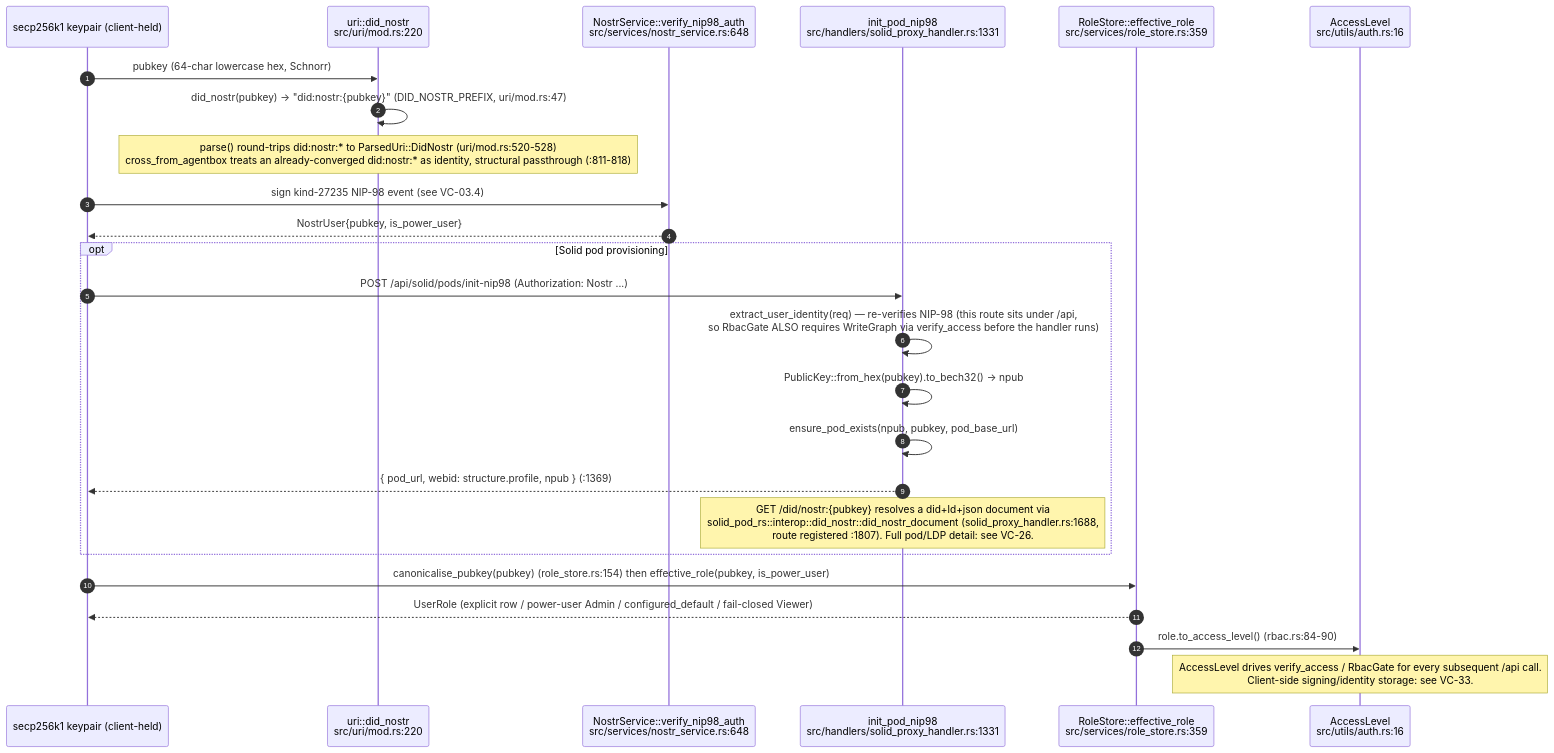
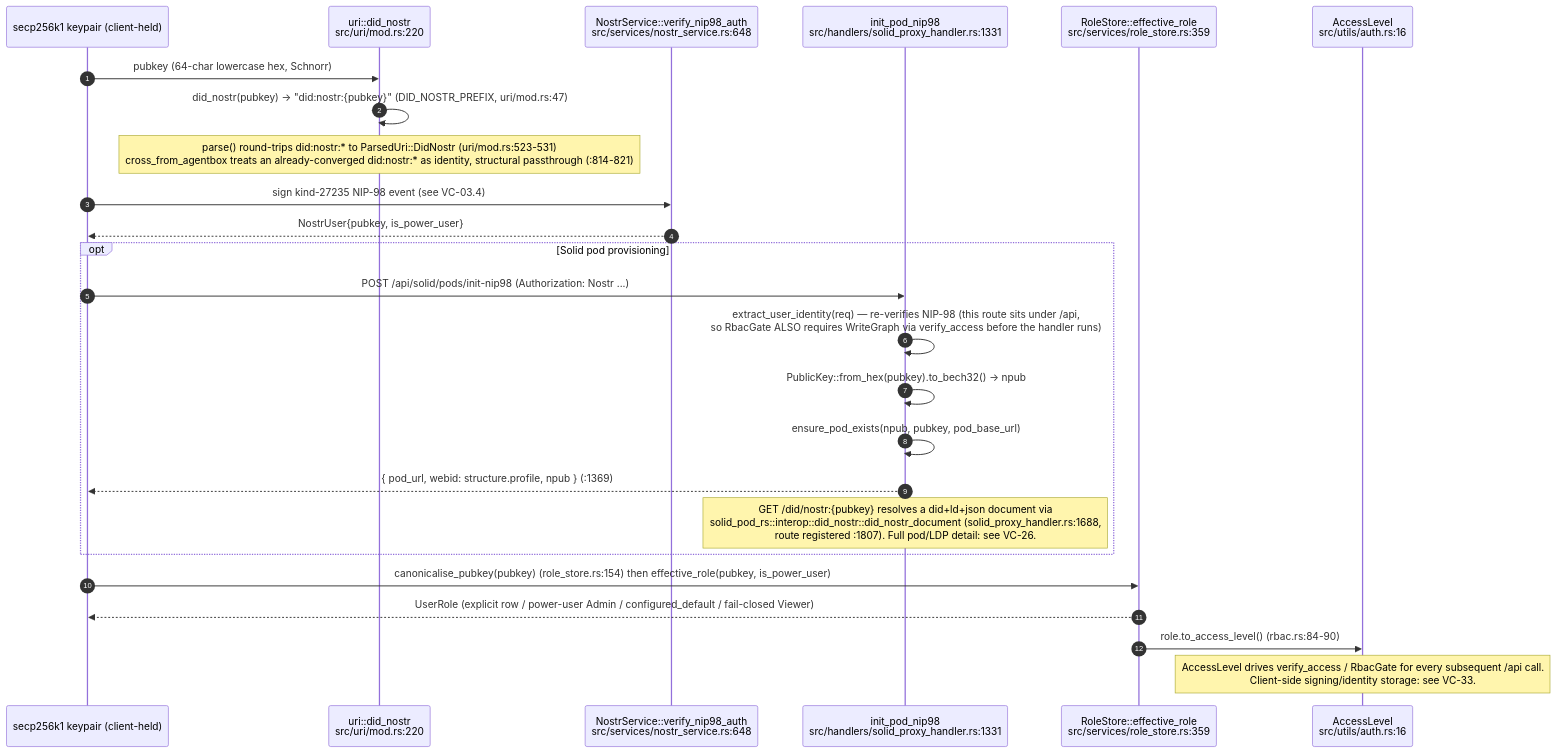
Before and after one commit to DreamLab-AI/VisionFlow: diagram 12 of 14 in docs/diagrams/visionclaw/03-request-lifecycle-and-rbac.md, drawn with Mermaid. The commit also changed other lines of this file and 173 other files, not shown here.

````diff
--- a/docs/diagrams/visionclaw/03-request-lifecycle-and-rbac.md
+++ b/docs/diagrams/visionclaw/03-request-lifecycle-and-rbac.md
@@ -549,28 +549,28 @@
 ```mermaid
 sequenceDiagram
     autonumber
     participant K as secp256k1 keypair (client-held)
     participant U as uri::did_nostr<br/>src/uri/mod.rs:220
     participant NS as NostrService::verify_nip98_auth<br/>src/services/nostr_service.rs:648
     participant SP as init_pod_nip98<br/>src/handlers/solid_proxy_handler.rs:1331
     participant RS as RoleStore::effective_role<br/>src/services/role_store.rs:359
     participant AL as AccessLevel<br/>src/utils/auth.rs:16
 
     K->>U: pubkey (64-char lowercase hex, Schnorr)
     U->>U: did_nostr(pubkey) -> "did:nostr:{pubkey}" (DID_NOSTR_PREFIX, uri/mod.rs:47)
-    Note over U: parse() round-trips did:nostr:* to ParsedUri::DidNostr (uri/mod.rs:520-528)<br/>cross_from_agentbox treats an already-converged did:nostr:* as identity, structural passthrough (:811-818)
+    Note over U: parse() round-trips did:nostr:* to ParsedUri::DidNostr (uri/mod.rs:523-531)<br/>cross_from_agentbox treats an already-converged did:nostr:* as identity, structural passthrough (:814-821)
     K->>NS: sign kind-27235 NIP-98 event (see VC-03.4)
     NS-->>K: NostrUser{pubkey, is_power_user}
     opt Solid pod provisioning
         K->>SP: POST /api/solid/pods/init-nip98 (Authorization: Nostr ...)
         SP->>SP: extract_user_identity(req) — re-verifies NIP-98 (this route sits under /api,<br/>so RbacGate ALSO requires WriteGraph via verify_access before the handler runs)
         SP->>SP: PublicKey::from_hex(pubkey).to_bech32() -> npub
         SP->>SP: ensure_pod_exists(npub, pubkey, pod_base_url)
         SP-->>K: { pod_url, webid: structure.profile, npub } (:1369)
         Note over SP: GET /did/nostr:{pubkey} resolves a did+ld+json document via<br/>solid_pod_rs::interop::did_nostr::did_nostr_document (solid_proxy_handler.rs:1688,<br/>route registered :1807). Full pod/LDP detail: see VC-26.
     end
     K->>RS: canonicalise_pubkey(pubkey) (role_store.rs:154) then effective_role(pubkey, is_power_user)
     RS-->>K: UserRole (explicit row / power-user Admin / configured_default / fail-closed Viewer)
     RS->>AL: role.to_access_level() (rbac.rs:84-90)
     Note over AL: AccessLevel drives verify_access / RbacGate for every subsequent /api call.<br/>Client-side signing/identity storage: see VC-33.
 ```
````
